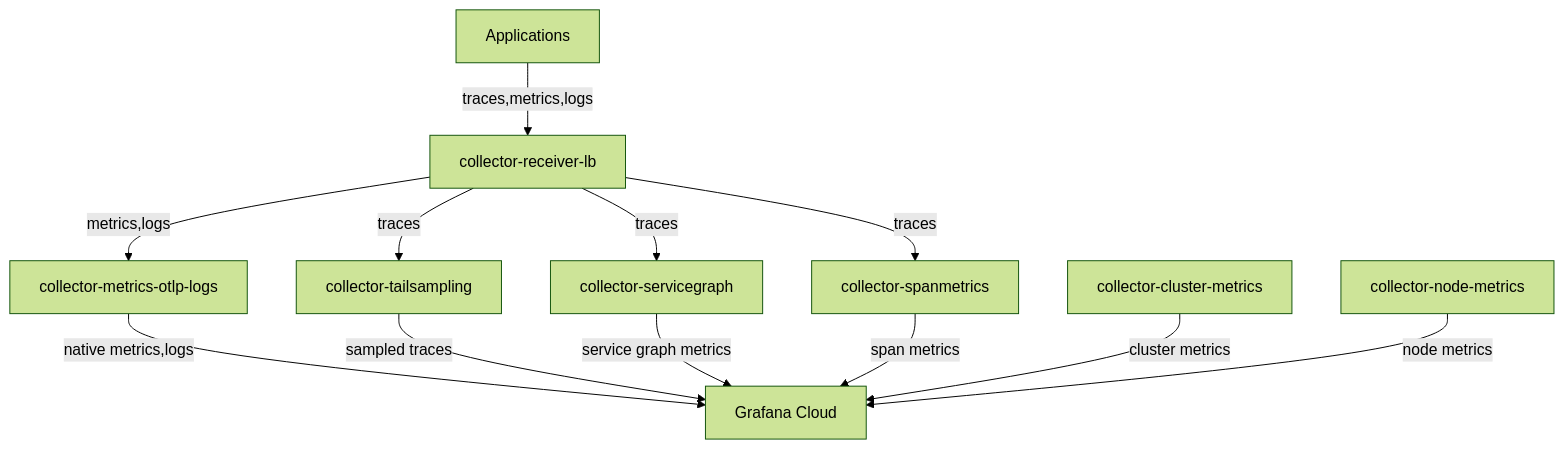
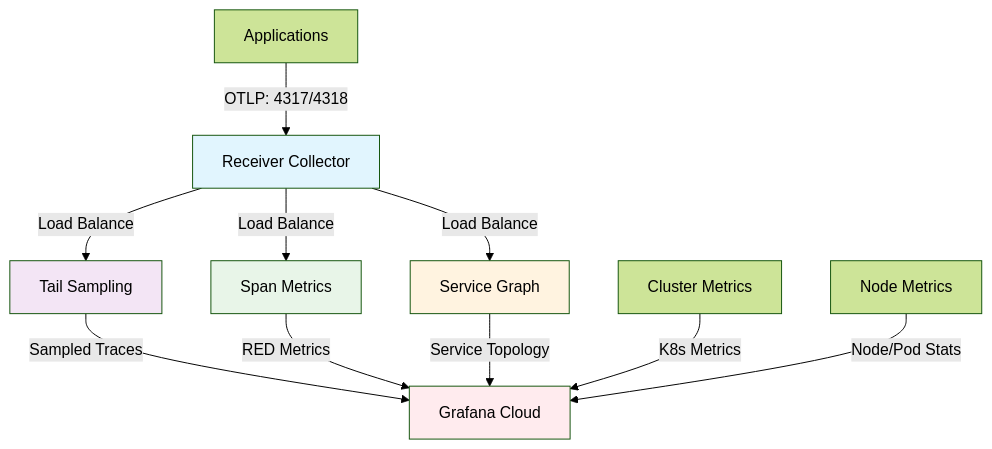
One commit to mbaykara/otelcollector-scalable changed the diagram in README.md. Above: the diagram before and after it, drawn with Mermaid (forest theme). The commit also changed other lines of this file and 41 other files, not shown here.

````diff
--- a/README.md
+++ b/README.md
@@ -9,14 +9,20 @@
 ```mermaid
 graph TD
-    A[Applications] -->|traces,metrics,logs| B[collector-receiver-lb]
-    B -->|metrics,logs | K[collector-metrics-otlp-logs]
-    K --> |native metrics,logs|F[Grafana Cloud]
-    B -->|traces| C[collector-tailsampling]
-    B -->|traces| D[collector-servicegraph] 
-    B -->|traces| E[collector-spanmetrics]
-    C -->|sampled traces| F[Grafana Cloud]
-    D -->|service graph metrics| F
-    E -->|span metrics| F
-    G[collector-cluster-metrics] -->|cluster metrics| F
-    H[collector-node-metrics] -->|node metrics| F
+    A[Applications] -->|OTLP: 4317/4318| B[Receiver Collector]
+    B -->|Load Balance| C[Tail Sampling]
+    B -->|Load Balance| D[Span Metrics]
+    B -->|Load Balance| E[Service Graph]
+    
+    C -->|Sampled Traces| F[Grafana Cloud]
+    D -->|RED Metrics| F
+    E -->|Service Topology| F
+    
+    G[Cluster Metrics] -->|K8s Metrics| F
+    H[Node Metrics] -->|Node/Pod Stats| F
+    
+    style B fill:#e1f5fe
+    style C fill:#f3e5f5
+    style D fill:#e8f5e8
+    style E fill:#fff3e0
+    style F fill:#ffebee
 ```
````
